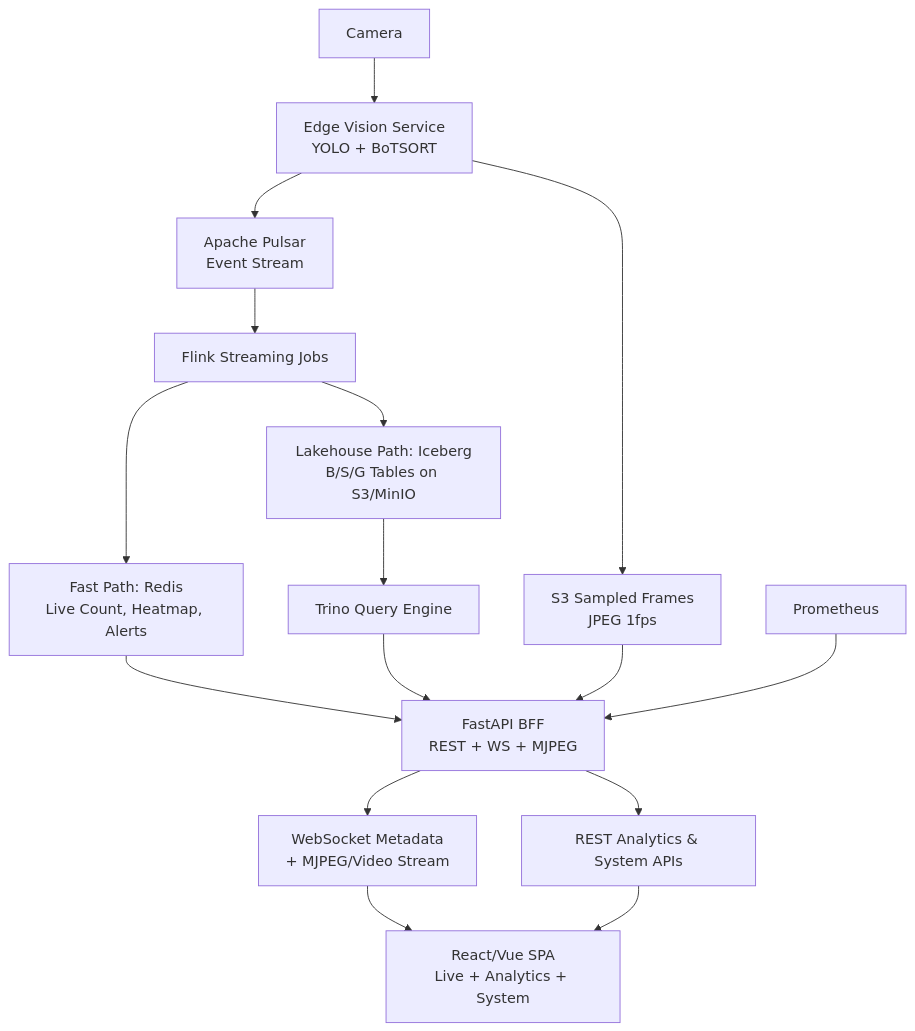
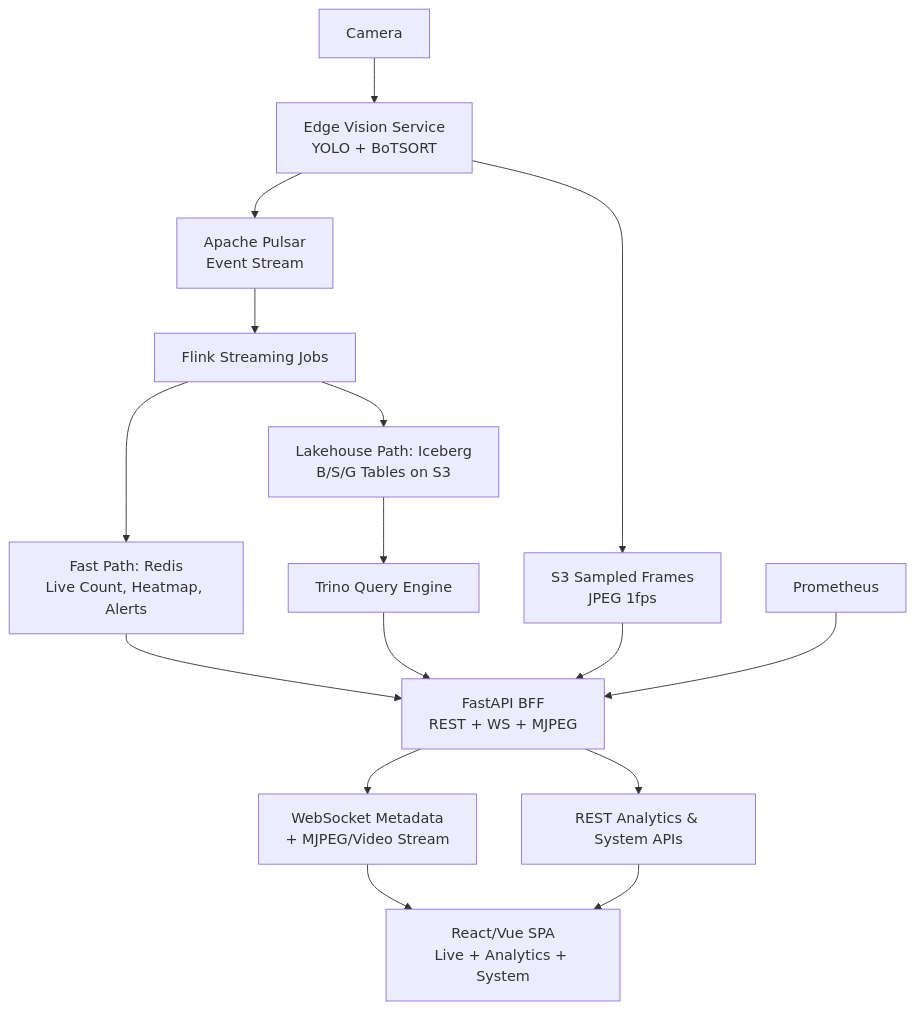
The diagram in docs/note/VISUALIZATION_MIGRATION_APPROACH.md (hungfnguyen/retail-video-analytics), drawn with Mermaid before and after one commit. The commit also changed 22 other files, not shown here.

Commit message:
docs(storage): update s3 architecture references

````diff
--- a/docs/note/VISUALIZATION_MIGRATION_APPROACH.md
+++ b/docs/note/VISUALIZATION_MIGRATION_APPROACH.md
@@ -20,23 +20,23 @@
 ```mermaid
 graph TD
     Camera --> Vision[Edge Vision Service\nYOLO + BoTSORT]
     Vision --> Pulsar[Apache Pulsar\nEvent Stream]
     Vision --> S3[S3 Sampled Frames\nJPEG 1fps]
 
     Pulsar --> Flink[Flink Streaming Jobs]
 
     Flink --> Redis[Fast Path: Redis\nLive Count, Heatmap, Alerts]
-    Flink --> Iceberg[Lakehouse Path: Iceberg\nB/S/G Tables on S3/MinIO]
+    Flink --> Iceberg[Lakehouse Path: Iceberg\nB/S/G Tables on S3]
     Iceberg --> Trino[Trino Query Engine]
 
     Redis --> FastAPI[FastAPI BFF\nREST + WS + MJPEG]
     Trino --> FastAPI
     S3 --> FastAPI
     Prometheus --> FastAPI
 
     FastAPI --> WS_MJPEG[WebSocket Metadata\n+ MJPEG/Video Stream]
     FastAPI --> REST_API[REST Analytics & System APIs]
 
     WS_MJPEG --> FE[React/Vue SPA\nLive + Analytics + System]
     REST_API --> FE
 ```
````
